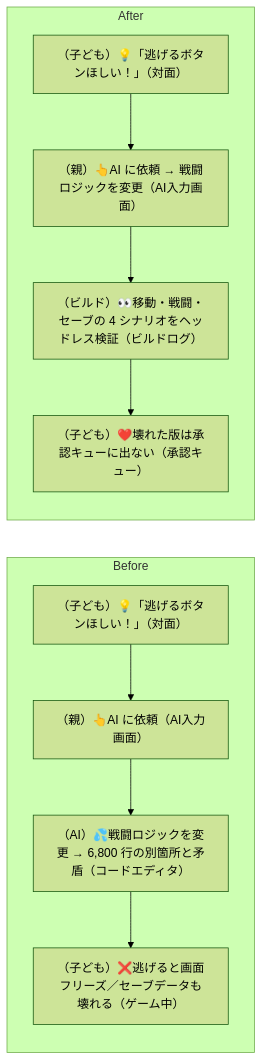
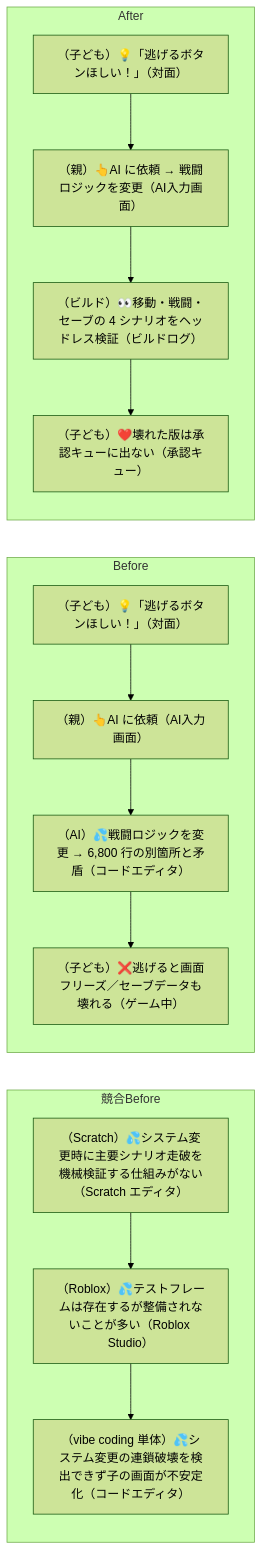
One commit to tatsuro-ueda/code-quest-pyxel changed diagram 40 of 42 in docs/customer-journeys.md. Above: the diagram before and after it, drawn with Mermaid (forest theme). The commit also changed other lines of this file and 1 other file, not shown here.

````diff
--- a/docs/customer-journeys.md
+++ b/docs/customer-journeys.md
@@ -1251,15 +1279,20 @@
 ```mermaid
 flowchart LR
+    subgraph Competitor["競合Before"]
+        C1[（Scratch）💦システム変更時に主要シナリオ走破を機械検証する仕組みがない（Scratch エディタ）]
+        C1 --> C2[（Roblox）💦テストフレームは存在するが整備されないことが多い（Roblox Studio）]
+        C2 --> C3[（vibe coding 単体）💦システム変更の連鎖破壊を検出できず子の画面が不安定化（コードエディタ）]
+    end
     subgraph Before["Before"]
         B1[（子ども）💡「逃げるボタンほしい！」（対面）]
         B1 --> B2[（親）👆AI に依頼（AI入力画面）]
         B2 --> B3[（AI）💦戦闘ロジックを変更 → 6,800 行の別箇所と矛盾（コードエディタ）]
         B3 --> B4[（子ども）❌逃げると画面フリーズ／セーブデータも壊れる（ゲーム中）]
     end
     subgraph After["After"]
         A1[（子ども）💡「逃げるボタンほしい！」（対面）]
         A1 --> A2[（親）👆AI に依頼 → 戦闘ロジックを変更（AI入力画面）]
         A2 --> A3[（ビルド）👀移動・戦闘・セーブの 4 シナリオをヘッドレス検証（ビルドログ）]
         A3 --> A4[（子ども）❤️壊れた版は承認キューに出ない（承認キュー）]
     end
 ```
````
